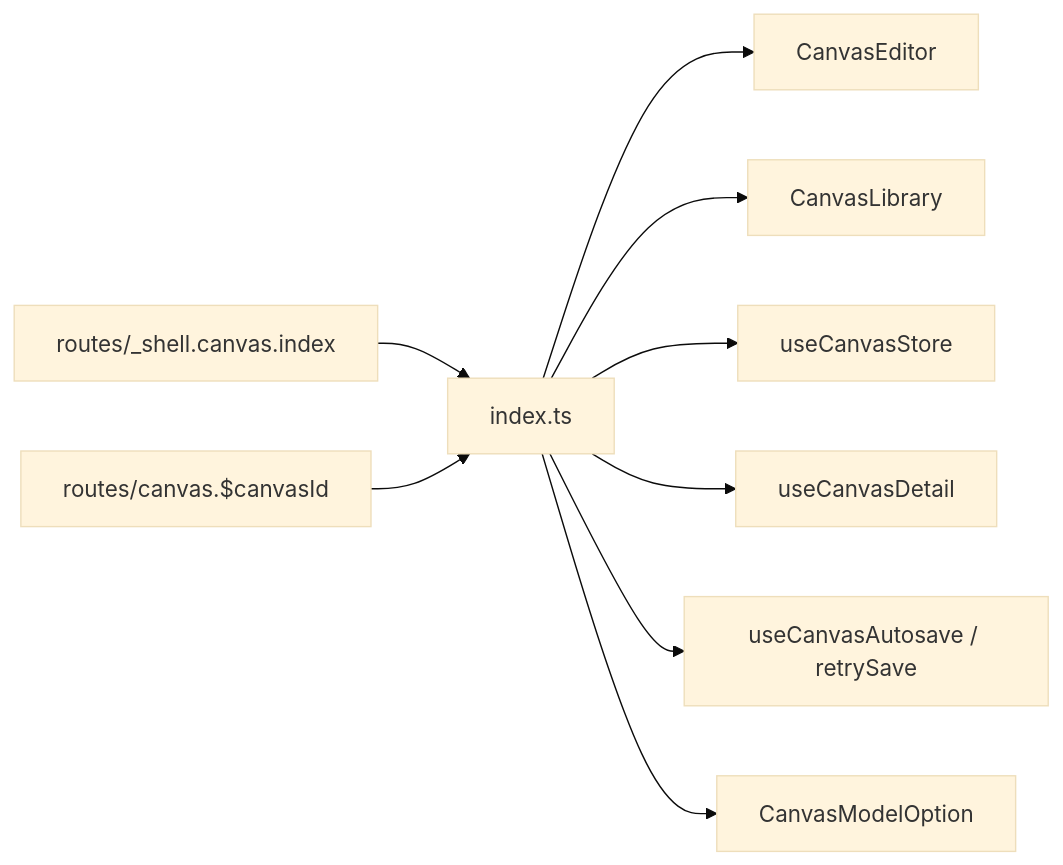
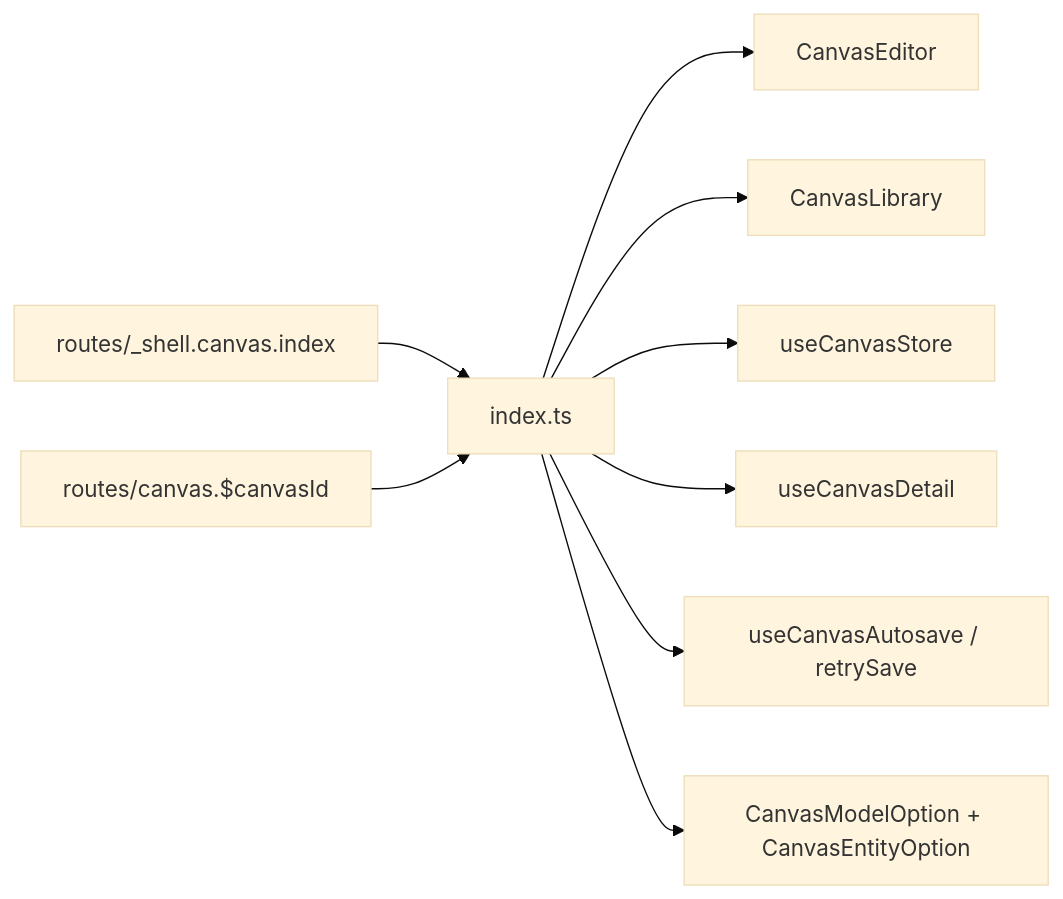
One commit to AzamatRaimbekov2/openCreate changed the diagram in apps/web/src/modules/Canvas/index.ts.md. Above: the diagram before and after it, drawn with Mermaid (base theme). The commit also changed other lines of this file and 23 other files, not shown here.

````diff
--- a/apps/web/src/modules/Canvas/index.ts.md
+++ b/apps/web/src/modules/Canvas/index.ts.md
@@ -19,11 +19,11 @@
 ```mermaid
 flowchart LR
   R1["routes/_shell.canvas.index"] --> IDX[index.ts]
   R2["routes/canvas.$canvasId"] --> IDX
   IDX --> CE[CanvasEditor]
   IDX --> CL[CanvasLibrary]
   IDX --> ST[useCanvasStore]
   IDX --> API[useCanvasDetail]
   IDX --> AS[useCanvasAutosave / retrySave]
-  IDX --> T[CanvasModelOption]
+  IDX --> T["CanvasModelOption + CanvasEntityOption"]
 ```
````
